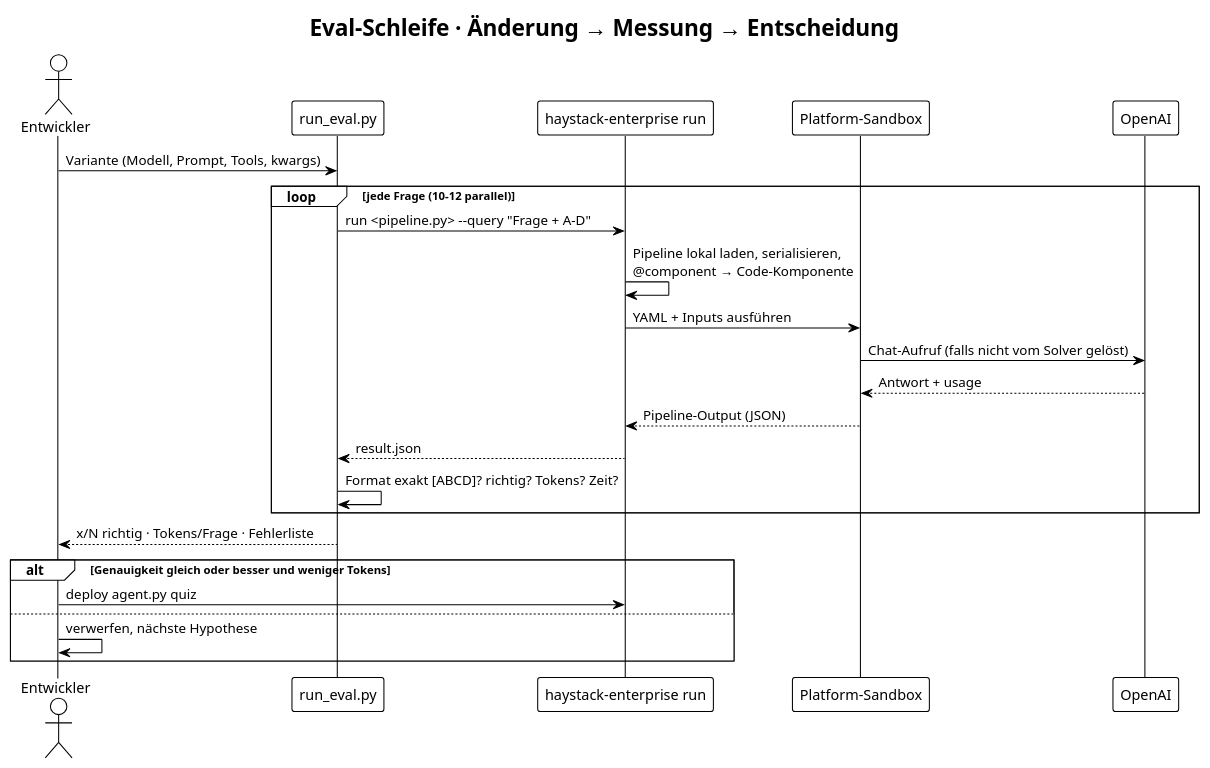
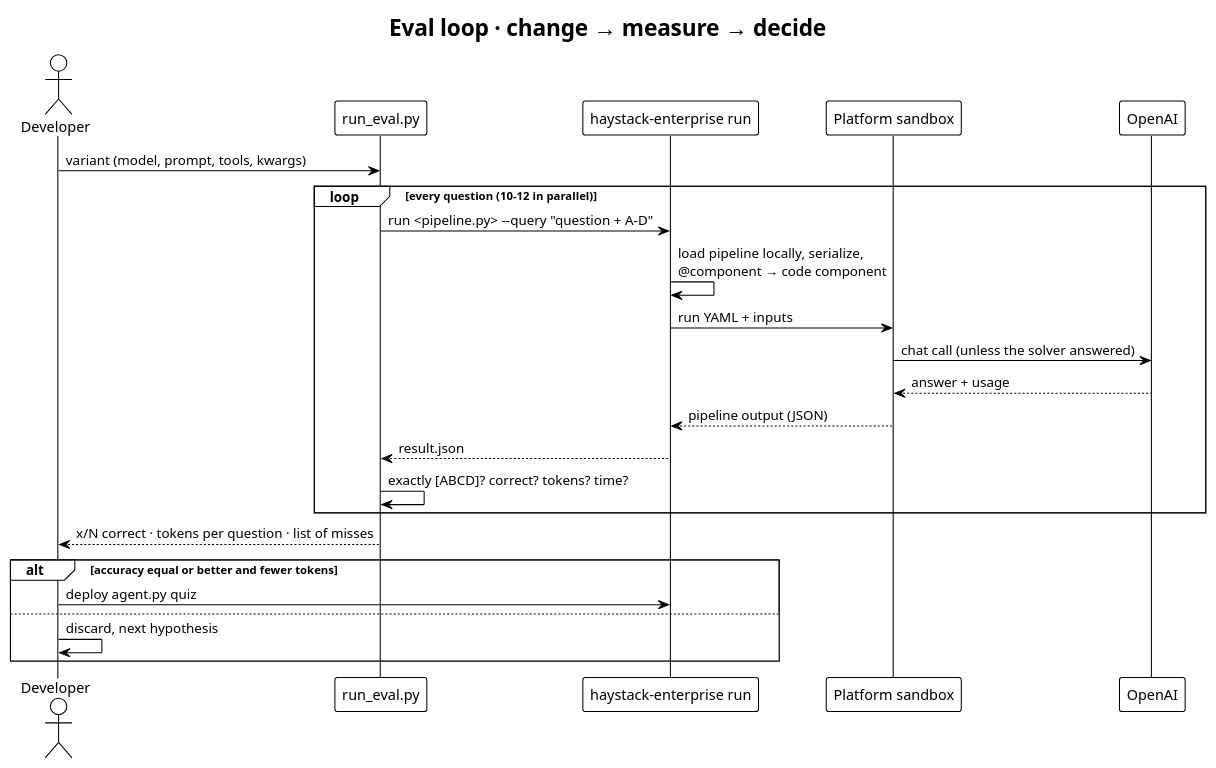
Before and after one commit to ma3u/hacknight: the diagram in docs/diagrams/eval-loop.puml, drawn with PlantUML. The commit also changed 21 other files, not shown here.

```diff
--- a/docs/diagrams/eval-loop.puml
+++ b/docs/diagrams/eval-loop.puml
@@ -1,29 +1,29 @@
 @startuml eval-loop
 !theme plain
 skinparam shadowing false
-title Eval-Schleife · Änderung → Messung → Entscheidung
+title Eval loop · change → measure → decide
 
-actor Entwickler as Dev
+actor Developer as Dev
 participant "run_eval.py" as Eval
 participant "haystack-enterprise run" as CLI
-participant "Platform-Sandbox" as SB
+participant "Platform sandbox" as SB
 participant "OpenAI" as OAI
 
-Dev -> Eval : Variante (Modell, Prompt, Tools, kwargs)
-loop jede Frage (10–12 parallel)
-  Eval -> CLI : run <pipeline.py> --query "Frage + A–D"
-  CLI -> CLI : Pipeline lokal laden, serialisieren,\n@component → Code-Komponente
-  CLI -> SB : YAML + Inputs ausführen
-  SB -> OAI : Chat-Aufruf (falls nicht vom Solver gelöst)
-  OAI --> SB : Antwort + usage
-  SB --> CLI : Pipeline-Output (JSON)
+Dev -> Eval : variant (model, prompt, tools, kwargs)
+loop every question (10–12 in parallel)
+  Eval -> CLI : run <pipeline.py> --query "question + A–D"
+  CLI -> CLI : load pipeline locally, serialize,\n@component → code component
+  CLI -> SB : run YAML + inputs
+  SB -> OAI : chat call (unless the solver answered)
+  OAI --> SB : answer + usage
+  SB --> CLI : pipeline output (JSON)
   CLI --> Eval : result.json
-  Eval -> Eval : Format exakt [ABCD]? richtig? Tokens? Zeit?
+  Eval -> Eval : exactly [ABCD]? correct? tokens? time?
 end
-Eval --> Dev : x/N richtig · Tokens/Frage · Fehlerliste
-alt Genauigkeit gleich oder besser und weniger Tokens
+Eval --> Dev : x/N correct · tokens per question · list of misses
+alt accuracy equal or better and fewer tokens
   Dev -> CLI : deploy agent.py quiz
 else
-  Dev -> Dev : verwerfen, nächste Hypothese
+  Dev -> Dev : discard, next hypothesis
 end
 @enduml
```
